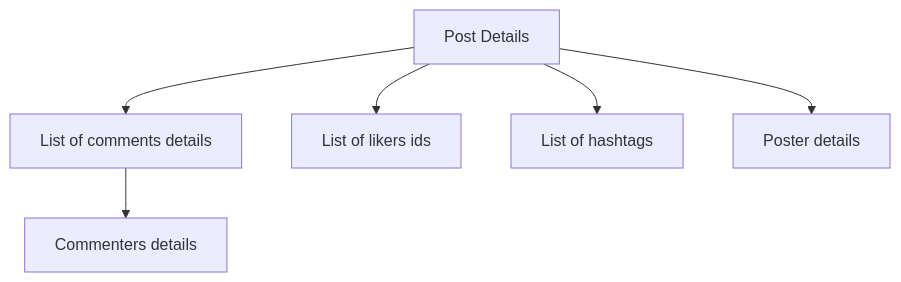
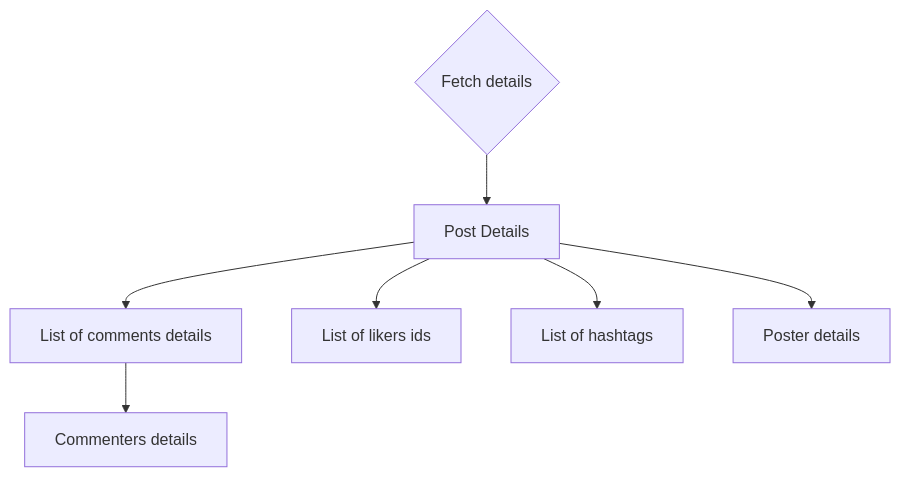
The diagram in README.md (rossman-x/kuroco-social-network), drawn with Mermaid before and after one commit.

````diff
--- a/README.md
+++ b/README.md
@@ -100,8 +100,9 @@
 ```mermaid
 graph TD;
-    A[Post Details]-->B[List of comments details];
+    X{Fetch details} --> A[Post Details];
+    A-->B[List of comments details];
     A-->C[List of likers ids];
     B-->D[Commenters details];
     A-->E[List of hashtags];
     A-->F[Poster details];
 ```
````
